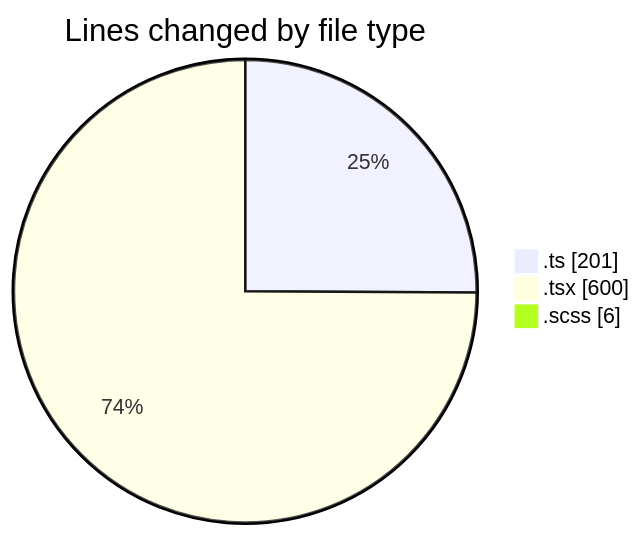
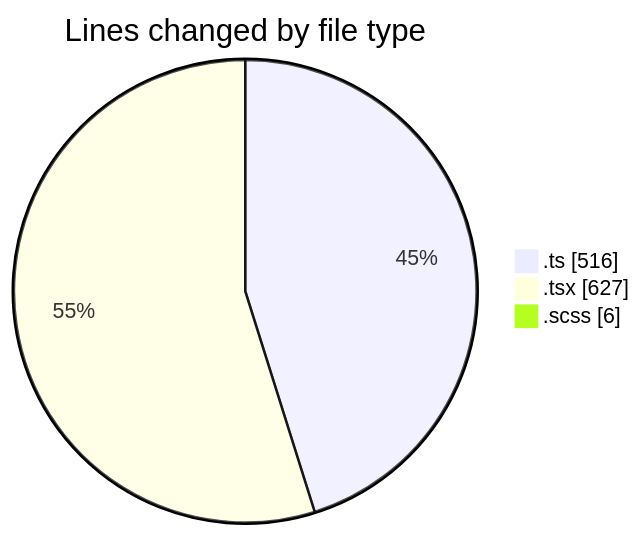
One commit to momahboobian/code-tracking changed the first of 2 diagrams in 2026-03-17/cda/README.md. Above: the diagram before and after it, drawn with Mermaid. The commit also changed other lines of this file and 1 other file, not shown here.

````diff
--- a/2026-03-17/cda/README.md
+++ b/2026-03-17/cda/README.md
@@ -24,7 +25,7 @@
 ```mermaid
 pie showData
 title Lines changed by file type
-".ts" : 201
-".tsx" : 600
+".ts" : 516
+".tsx" : 627
 ".scss" : 6
 ```
````
